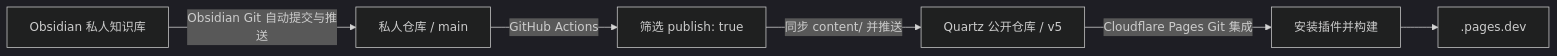
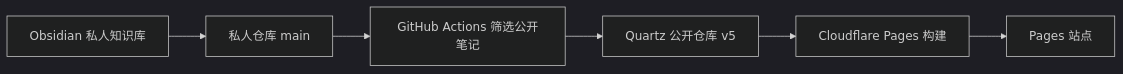
Before and after one commit to Super-YYQ/yyq-quartz: the diagram in content/windows/Obsidian 私人知识库自动发布 Quartz 与 Cloudflare Pages.md, drawn with Mermaid (dark theme). The commit also changed 1 other file, not shown here.

Commit message:
fix: stabilize article diagram and toc

````diff
--- a/content/windows/Obsidian 私人知识库自动发布 Quartz 与 Cloudflare Pages.md
+++ b/content/windows/Obsidian 私人知识库自动发布 Quartz 与 Cloudflare Pages.md
@@ -37,8 +37,8 @@
 ```mermaid
 flowchart LR
-    A["Obsidian 私人知识库"] -->|"Obsidian Git 自动提交与推送"| B["私人仓库 / main"]
-    B -->|"GitHub Actions"| C["筛选 publish: true"]
-    C -->|"同步 content/ 并推送"| D["Quartz 公开仓库 / v5"]
-    D -->|"Cloudflare Pages Git 集成"| E["安装插件并构建"]
-    E --> F["<PROJECT_NAME>.pages.dev"]
+    A[Obsidian 私人知识库] --> B[私人仓库 main]
+    B --> C[GitHub Actions 筛选公开笔记]
+    C --> D[Quartz 公开仓库 v5]
+    D --> E[Cloudflare Pages 构建]
+    E --> F[Pages 站点]
 ```
````
